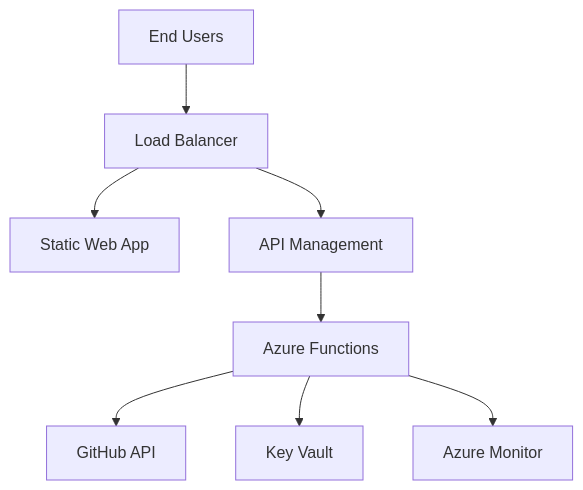
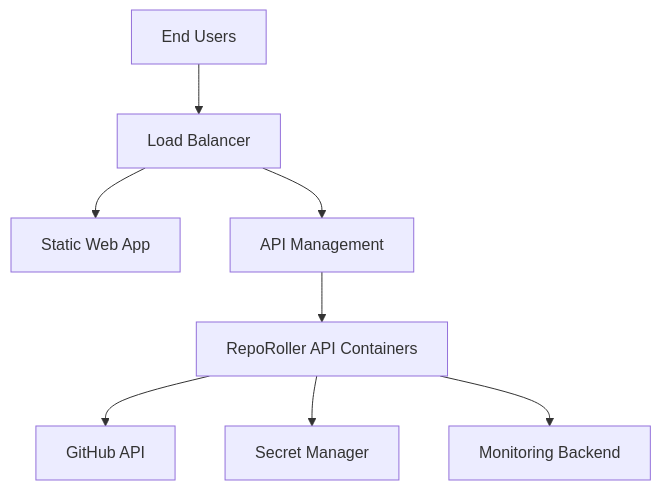
The third of 4 diagrams in docs/spec/architecture/system-overview.md (pvandervelde/repo_roller), drawn with Mermaid before and after one commit. The commit also changed other lines of this file and 14 other files, not shown here.

Commit message:
docs: remove Azure Functions as first-class deployment interface

````diff
--- a/docs/spec/architecture/system-overview.md
+++ b/docs/spec/architecture/system-overview.md
@@ -220,10 +211,10 @@
 ```mermaid
 graph TD
     Users[End Users] --> LB[Load Balancer]
     LB --> WebApp[Static Web App]
     LB --> APIM[API Management]
-    APIM --> Functions[Azure Functions]
-    Functions --> GitHub[GitHub API]
-    Functions --> KeyVault[Key Vault]
-    Functions --> Monitor[Azure Monitor]
+    APIM --> APIContainers[RepoRoller API Containers]
+    APIContainers --> GitHub[GitHub API]
+    APIContainers --> SecretStore[Secret Manager]
+    APIContainers --> Monitor[Monitoring Backend]
 ```
````
